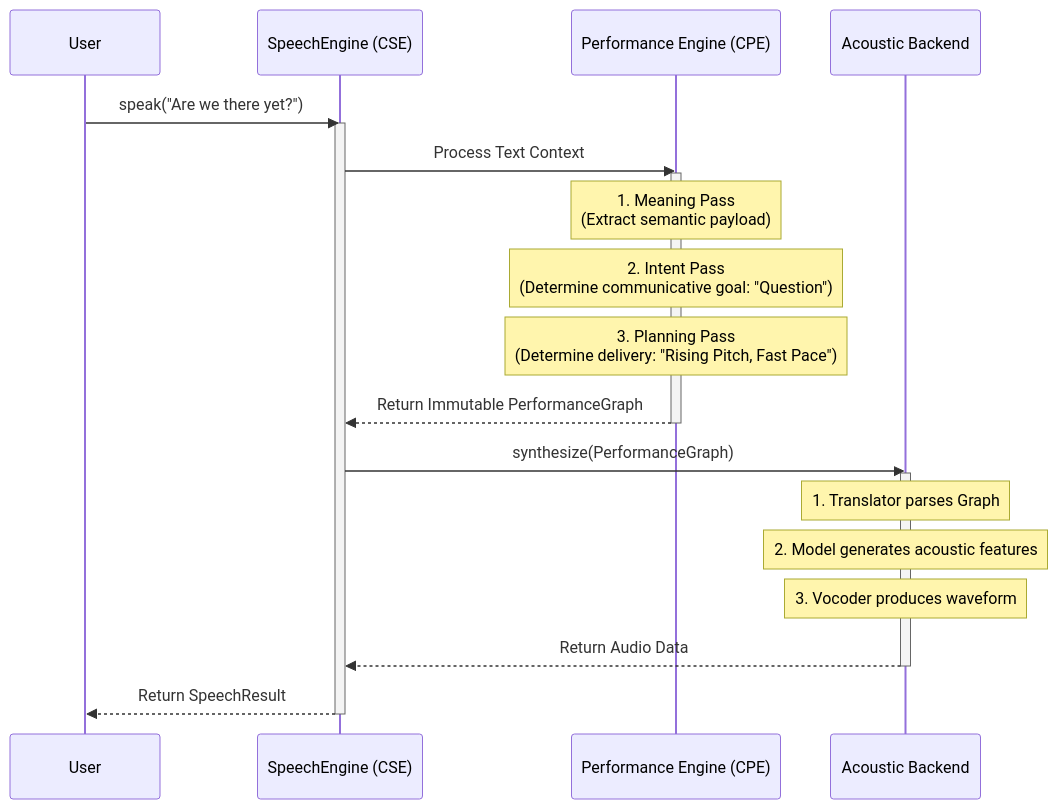
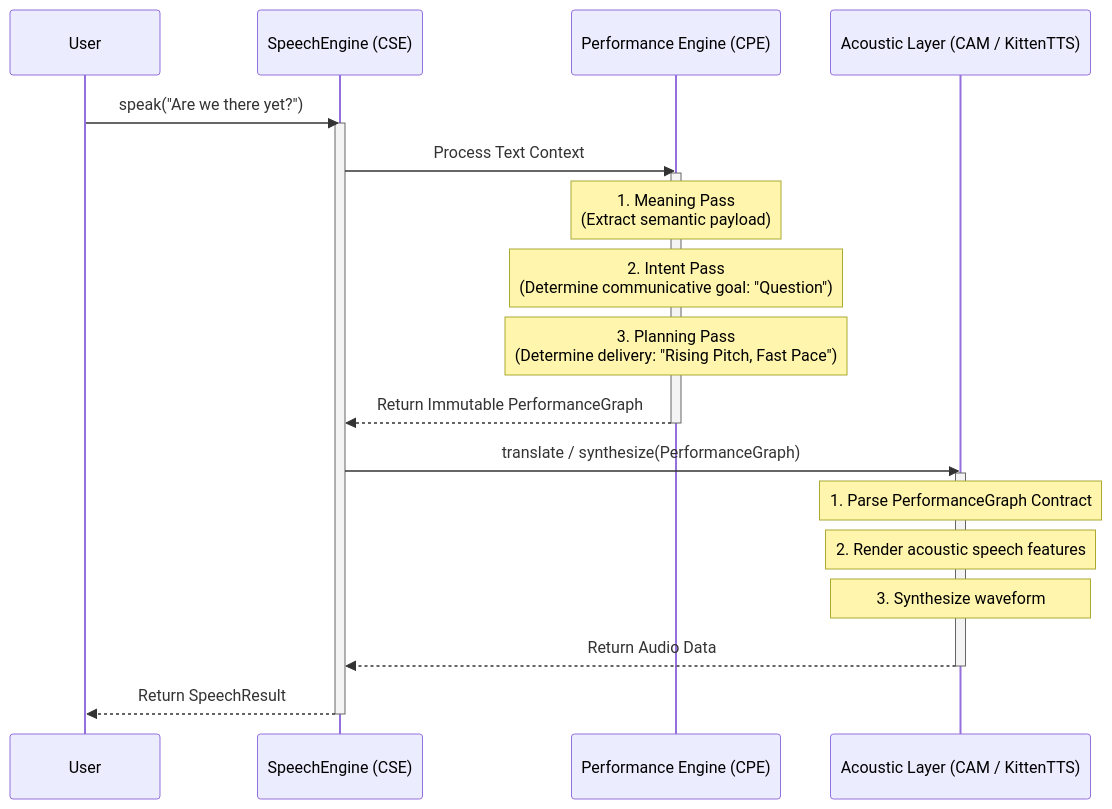
Before and after one commit to Yukariii04/Claire-Speech-Engine: the second of 2 diagrams in docs/Architecture/ARCHITECTURE.md, drawn with Mermaid. The commit also changed other lines of this file and 15 other files, not shown here.

Commit message:
ARCHITECTURE CONSISTENCY CLEANUP

````diff
--- a/docs/Architecture/ARCHITECTURE.md
+++ b/docs/Architecture/ARCHITECTURE.md
@@ -56,33 +60,33 @@
 ```mermaid
 sequenceDiagram
     participant User
     participant CSE as SpeechEngine (CSE)
     participant CPE as Performance Engine (CPE)
-    participant Backend as Acoustic Backend
+    participant CAM as Acoustic Layer (CAM / KittenTTS)
 
     User->>CSE: speak("Are we there yet?")
     activate CSE
     
     CSE->>CPE: Process Text Context
     activate CPE
     
     Note over CPE: 1. Meaning Pass<br/>(Extract semantic payload)
     Note over CPE: 2. Intent Pass<br/>(Determine communicative goal: "Question")
     Note over CPE: 3. Planning Pass<br/>(Determine delivery: "Rising Pitch, Fast Pace")
     
     CPE-->>CSE: Return Immutable PerformanceGraph
     deactivate CPE
     
-    CSE->>Backend: synthesize(PerformanceGraph)
-    activate Backend
+    CSE->>CAM: translate / synthesize(PerformanceGraph)
+    activate CAM
     
-    Note over Backend: 1. Translator parses Graph
-    Note over Backend: 2. Model generates acoustic features
-    Note over Backend: 3. Vocoder produces waveform
+    Note over CAM: 1. Parse PerformanceGraph Contract
+    Note over CAM: 2. Render acoustic speech features
+    Note over CAM: 3. Synthesize waveform
     
-    Backend-->>CSE: Return Audio Data
-    deactivate Backend
+    CAM-->>CSE: Return Audio Data
+    deactivate CAM
     
     CSE-->>User: Return SpeechResult
     deactivate CSE
 ```
````
